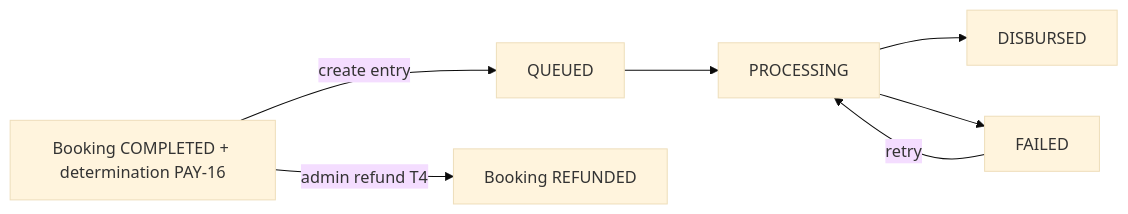
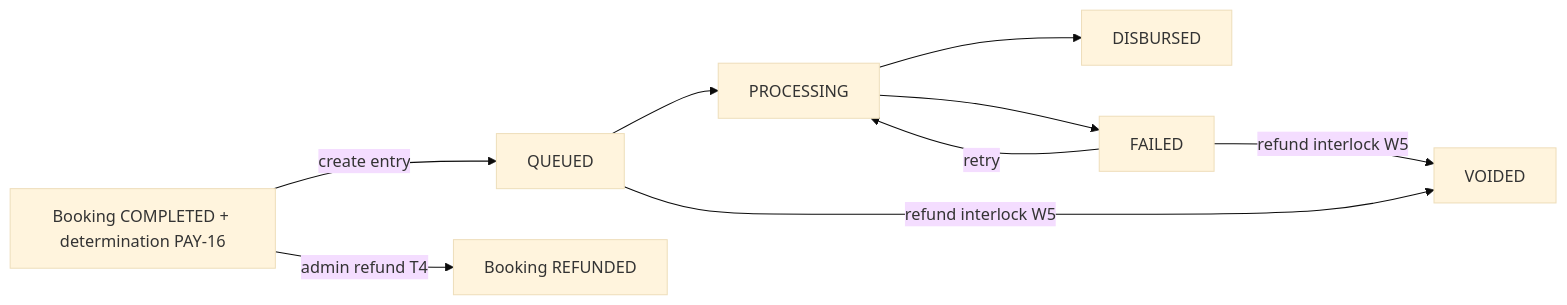
The third of 3 diagrams in docs/30-49-domains/35-patterns/payments-architecture.md (markmamba/redcab-docs), drawn with Mermaid (base theme) before and after one commit. The commit also changed other lines of this file and 7 other files, not shown here.

First line of the commit message:
Add approved api-156 W0-3 refund interlock spec and corpus.

````diff
--- a/docs/30-49-domains/35-patterns/payments-architecture.md
+++ b/docs/30-49-domains/35-patterns/payments-architecture.md
@@ -169,9 +170,11 @@
 ```mermaid
 graph LR
   Completed[Booking COMPLETED + determination PAY-16] -->|create entry| Queued[QUEUED]
   Queued --> Processing[PROCESSING]
   Processing --> Disbursed[DISBURSED]
   Processing --> Failed[FAILED]
   Failed -->|retry| Processing
+  Queued -->|refund interlock W5| Voided[VOIDED]
+  Failed -->|refund interlock W5| Voided
   Completed -->|admin refund T4| Refunded[Booking REFUNDED]
 ```
````
